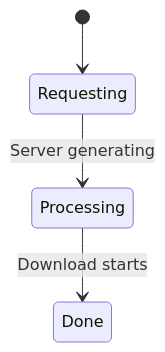
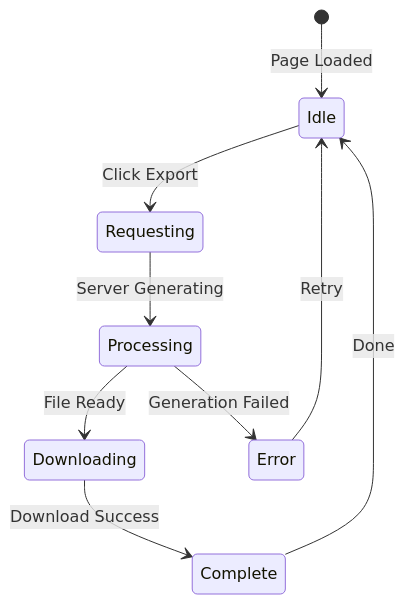
One commit to SDN-Group5/Event-Ticketing-Platform changed diagram 18 of 52 in doc/UML/Phuc_AdminAnalytics.md. Above: the diagram before and after it, drawn with Mermaid. The commit also changed other lines of this file and 3 other files, not shown here.

````diff
--- a/doc/UML/Phuc_AdminAnalytics.md
+++ b/doc/UML/Phuc_AdminAnalytics.md
@@ -172,6 +442,11 @@
 ```mermaid
 stateDiagram-v2
-    [*] --> Requesting
-    Requesting --> Processing: Server generating
-    Processing --> Done: Download starts
+    [*] --> Idle: Page Loaded
+    Idle --> Requesting: Click Export
+    Requesting --> Processing: Server Generating
+    Processing --> Downloading: File Ready
+    Processing --> Error: Generation Failed
+    Downloading --> Complete: Download Success
+    Error --> Idle: Retry
+    Complete --> Idle: Done
 ```
````
